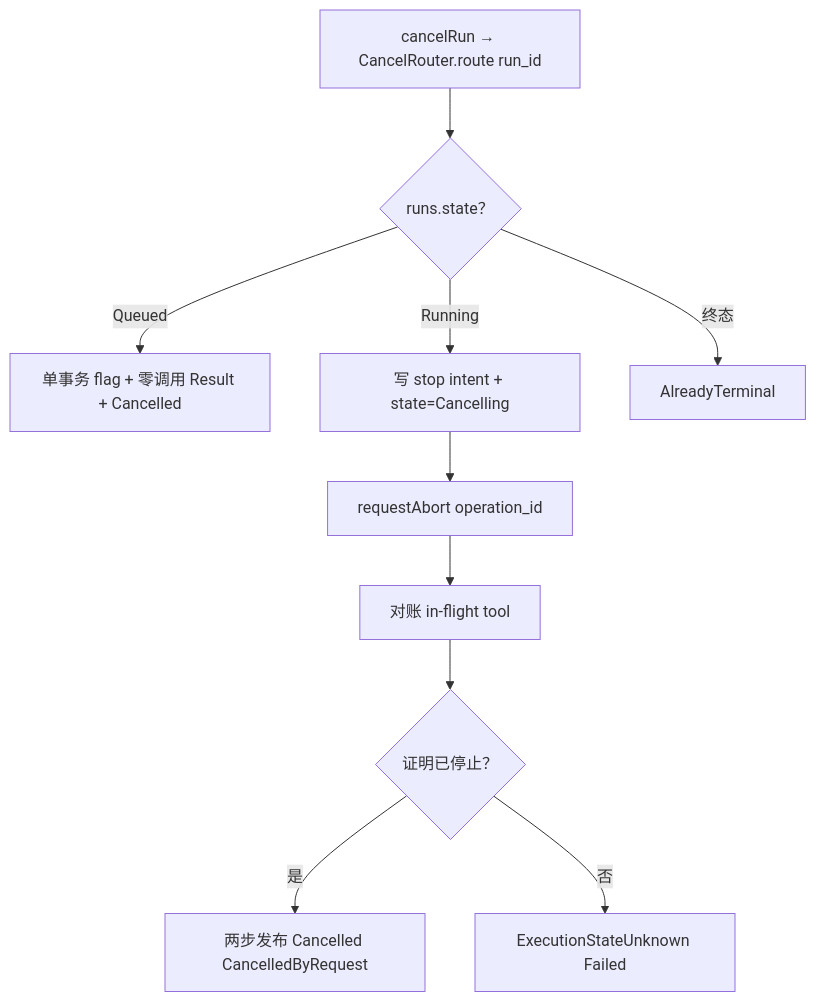
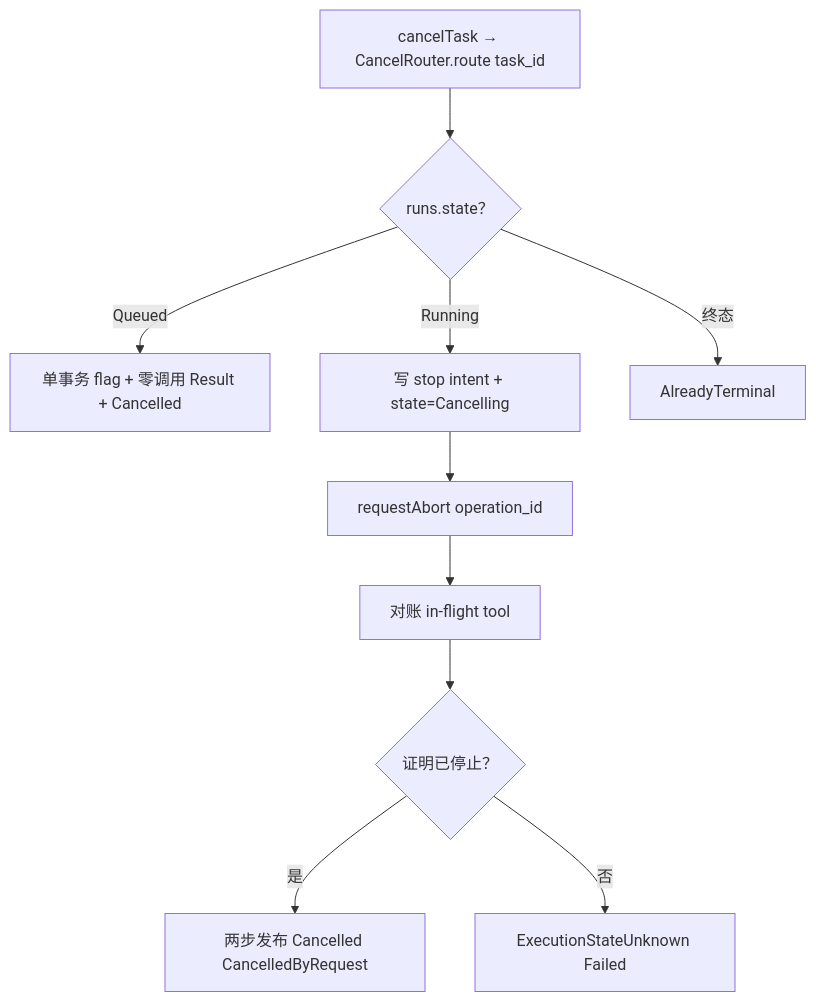
One commit to corezilla/piko changed the sixth of 8 diagrams in docs/40_module_design/piko-worker-design.md. Above: the diagram before and after it, drawn with Mermaid. The commit also changed other lines of this file and 86 other files, not shown here.

````diff
--- a/docs/40_module_design/piko-worker-design.md
+++ b/docs/40_module_design/piko-worker-design.md
@@ -816,12 +817,12 @@
 ```mermaid
 flowchart TD
-    A["cancelRun → CancelRouter.route run_id"] --> B{"runs.state？"}
+    A["cancelTask → CancelRouter.route task_id"] --> B{"runs.state？"}
     B -->|Queued| C["单事务 flag + 零调用 Result + Cancelled"]
     B -->|Running| D["写 stop intent + state=Cancelling"]
     B -->|终态| E["AlreadyTerminal"]
     D --> F["requestAbort operation_id"]
     F --> G["对账 in-flight tool"]
     G --> H{"证明已停止？"}
     H -->|是| I["两步发布 Cancelled CancelledByRequest"]
     H -->|否| J["ExecutionStateUnknown Failed"]
 ```
````
